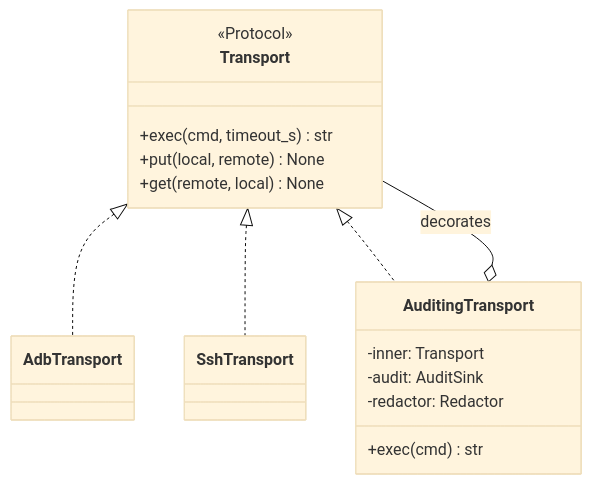
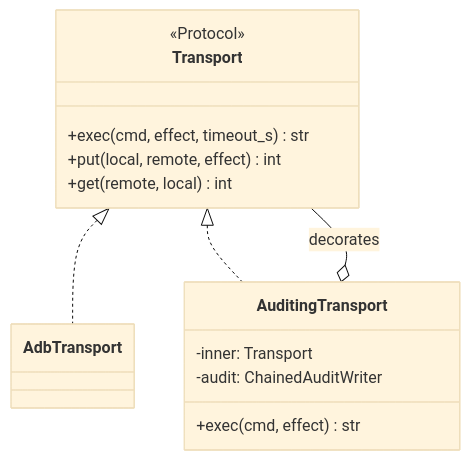
Before and after one commit to salvuswarez/fleetctl: the second of 3 diagrams in docs/observability.md, drawn with Mermaid (base theme). The commit also changed other lines of this file and 17 other files, not shown here.

````diff
--- a/docs/observability.md
+++ b/docs/observability.md
@@ -80,21 +57,18 @@
 ```mermaid
 classDiagram
     class Transport {
         <<Protocol>>
-        +exec(cmd, timeout_s) str
-        +put(local, remote) None
-        +get(remote, local) None
+        +exec(cmd, effect, timeout_s) str
+        +put(local, remote, effect) int
+        +get(remote, local) int
     }
     class AdbTransport
-    class SshTransport
     class AuditingTransport {
         -inner: Transport
-        -audit: AuditSink
-        -redactor: Redactor
-        +exec(cmd) str
+        -audit: ChainedAuditWriter
+        +exec(cmd, effect) str
     }
     Transport <|.. AdbTransport
-    Transport <|.. SshTransport
     Transport <|.. AuditingTransport
     AuditingTransport o-- Transport : decorates
 ```
````
